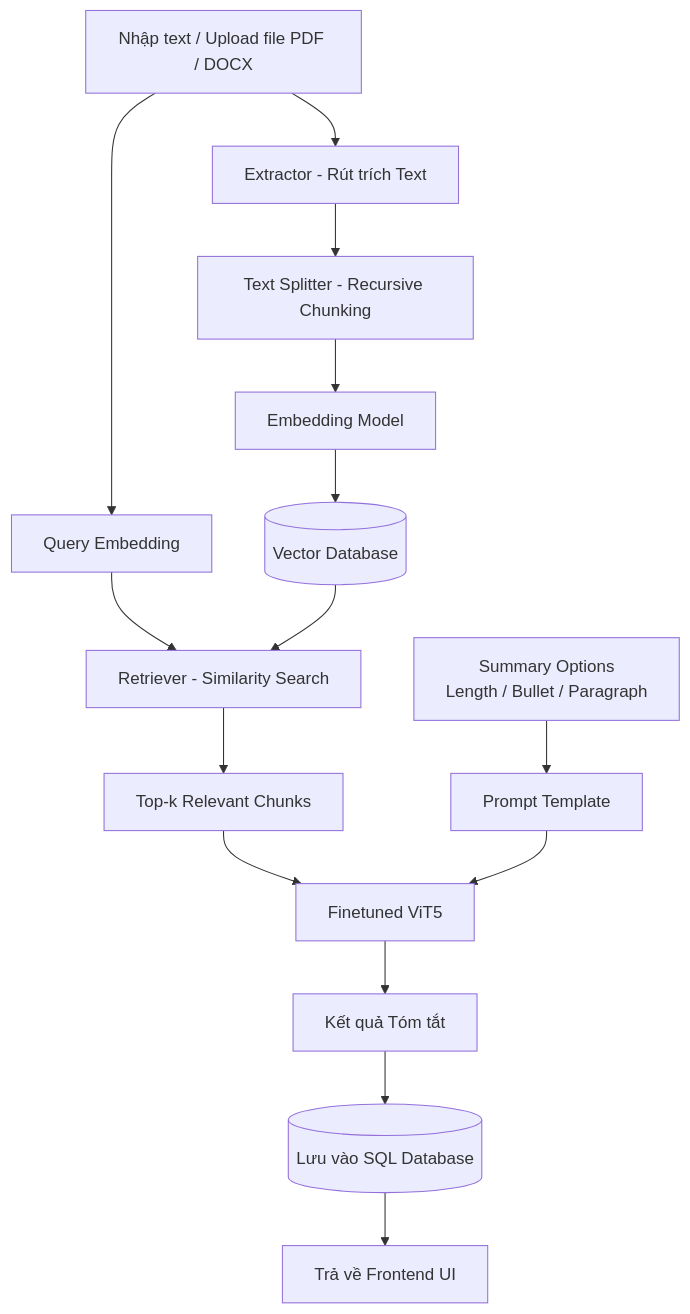
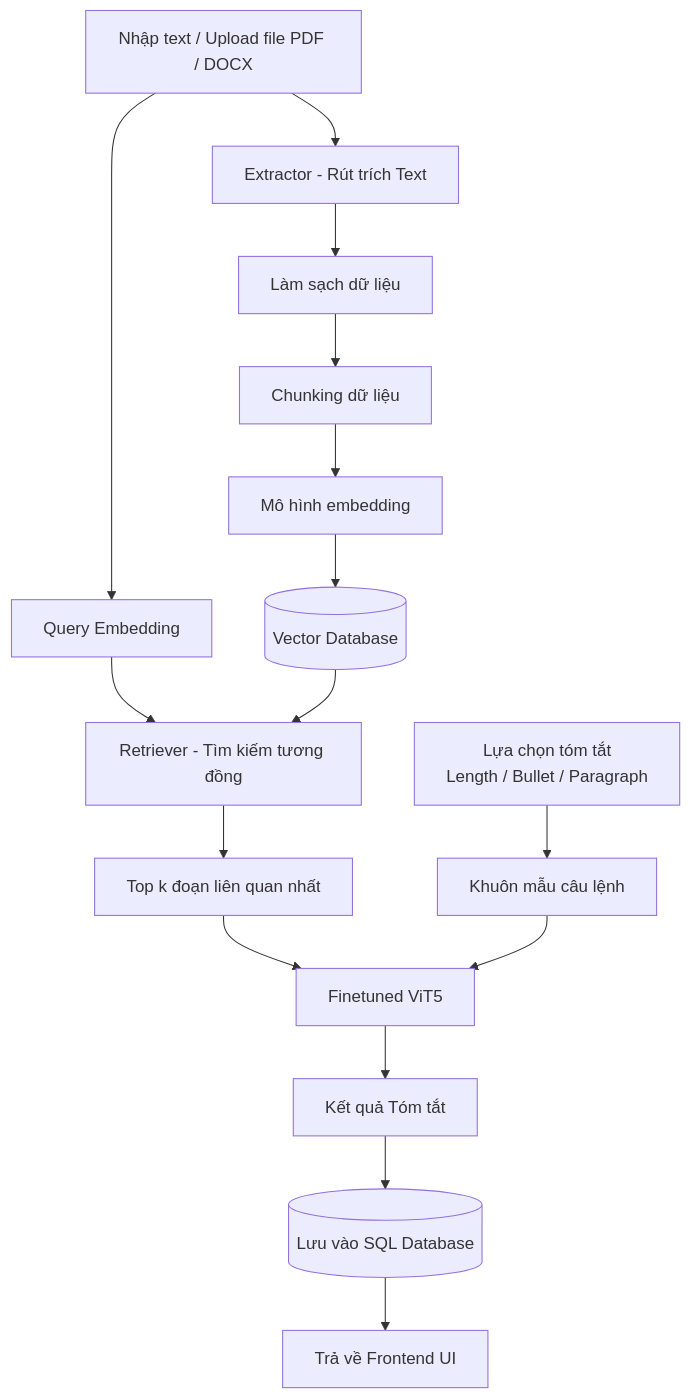
Before and after one commit to kienng221105/Summarize-Vietnamese-Text: the fourth of 6 diagrams in README.md, drawn with Mermaid.

Commit message:
Update system architecture documentation

````diff
--- a/README.md
+++ b/README.md
@@ -163,37 +163,51 @@
 ```mermaid
-flowchart TD  
-  
-%% Input  
-A[Nhập text / Upload file PDF / DOCX] --> B[Extractor - Rút trích Text]  
-  
-%% Chunking  
-B --> C[Text Splitter - Recursive Chunking]  
-  
-%% Embedding + Storage  
-C --> D[Embedding Model]  
-D --> E[(Vector Database)]  
-  
-%% User Options  
-O[Summary Options<br/>Length / Bullet / Paragraph] --> H[Prompt Template]  
-  
-%% Query  
-A --> Q[Query Embedding]  
-  
-%% Retrieval  
-Q --> F[Retriever - Similarity Search]  
-E --> F  
-  
-F --> G[Top-k Relevant Chunks]  
-  
-%% Generation  
-G --> I[Finetuned ViT5]  
-H --> I  
-  
-%% Output  
-I --> J[Kết quả Tóm tắt]  
-  
-J --> K[(Lưu vào SQL Database)]  
-  
+flowchart TD  
+
+%% Input  
+
+A[Nhập text / Upload file PDF / DOCX] --> B[Extractor - Rút trích Text]  
+
+%% Chunking  
+
+
+B --> Clean[Làm sạch dữ liệu] 
+
+Clean --> C[Chunking dữ liệu]  
+
+%% Embedding + Storage  
+
+C --> D[Mô hình embedding]  
+
+D --> E[(Vector Database)]  
+
+%% User Options  
+
+O[Lựa chọn tóm tắt<br/>Length / Bullet / Paragraph] --> H[Khuôn mẫu câu lệnh]  
+
+%% Query  
+
+A --> Q[Query Embedding]  
+
+%% Retrieval  
+
+Q --> F[Retriever - Tìm kiếm tương đồng]  
+
+E --> F  
+
+F --> G[Top k đoạn liên quan nhất]  
+
+%% Generation  
+
+G --> I[Finetuned ViT5]  
+
+H --> I  
+
+%% Output  
+
+I --> J[Kết quả Tóm tắt]  
+
+J --> K[(Lưu vào SQL Database)]  
+
 K --> L[Trả về Frontend UI]
 
 ```
````
